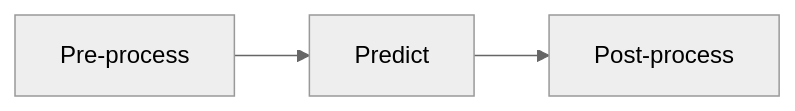
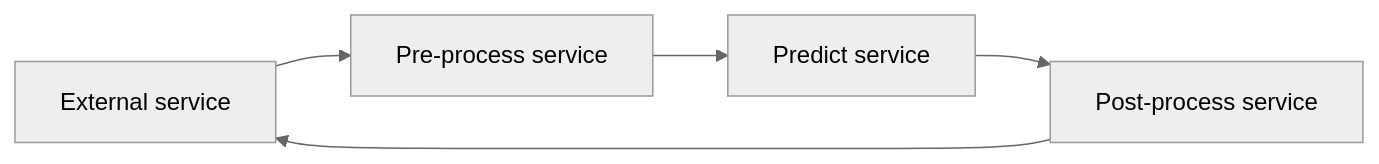
The second of 2 diagrams in src/online_serving_structure.md (MrParosk/MrParosk.github.io), drawn with Mermaid (neutral theme) before and after one commit. The commit also changed other lines of this file, not shown here.

````diff
--- a/src/online_serving_structure.md
+++ b/src/online_serving_structure.md
@@ -56,5 +58,7 @@
 ```mermaid
 graph LR
-    A[Pre-process] --> B[Predict]
-    B --> C[Post-process]
+    A[External service] --> B[Pre-process service]
+    B --> C[Predict service]
+    C --> D[Post-process service]
+    D --> A
 ```
````
